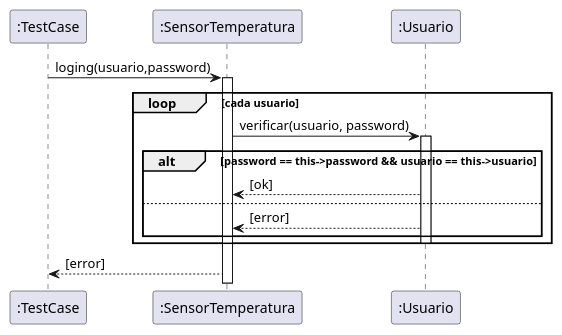
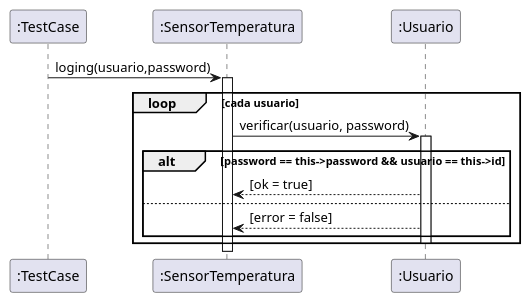
The diagram in diagramas/secuencias/secuencia_prueba_loop.plantuml (diegosanchez/invap-modulo-uml), drawn with PlantUML before and after one commit. The commit also changed 16 other files, not shown here.

```diff
--- a/diagramas/secuencias/secuencia_prueba_loop.plantuml
+++ b/diagramas/secuencias/secuencia_prueba_loop.plantuml
@@ -1,19 +1,21 @@
 @startuml
 ":TestCase" -> ":SensorTemperatura": loging(usuario,password)
 
 activate ":SensorTemperatura"
         loop cada usuario
                 ":SensorTemperatura" -> ":Usuario": verificar(usuario, password)
 
                 activate ":Usuario"
-                        alt password == this->password && usuario == this->usuario
-                                ":Usuario" --> ":SensorTemperatura": [ok]
+                        alt password == this->password && usuario == this->id
+                                ":Usuario" --> ":SensorTemperatura": [ok = true]
                         else  
-                                ":Usuario" --> ":SensorTemperatura": [error]
+                                ":Usuario" --> ":SensorTemperatura": [error = false]
                         end
                 deactivate ":Usuario"
         end
         
-        ":SensorTemperatura" --> ":TestCase": [error]
+        /'
+         ' ":SensorTemperatura" --> ":TestCase": [error = false]
+         '/
 
 @enduml
```
